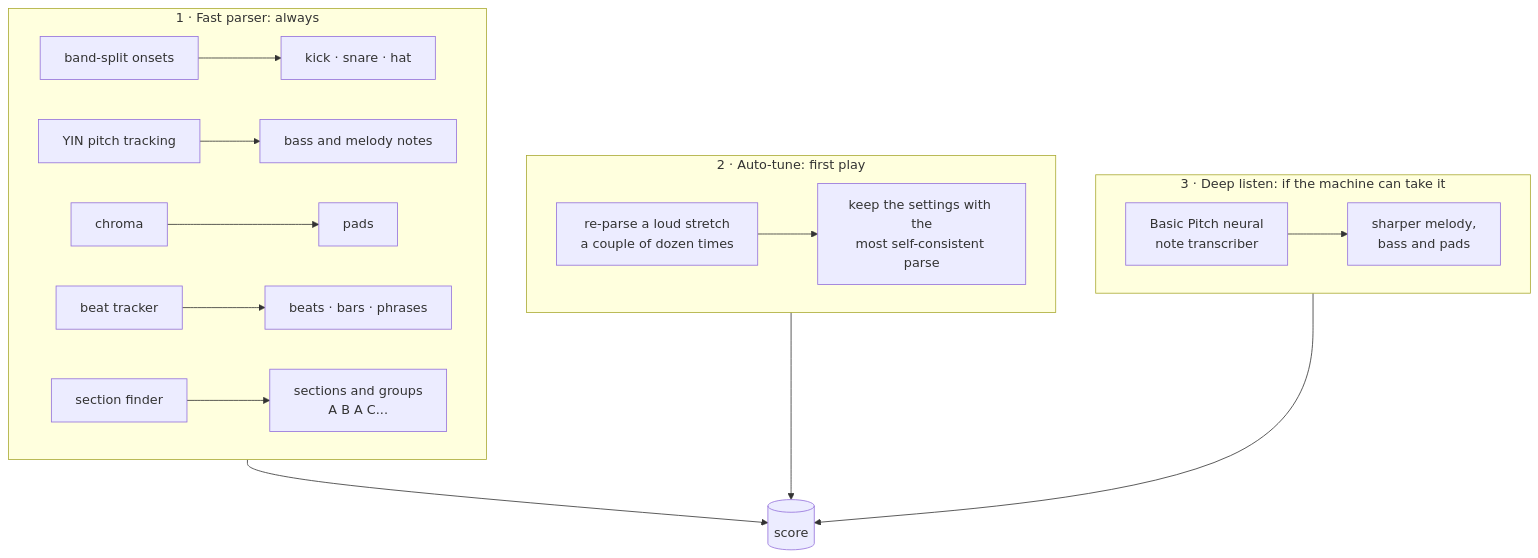
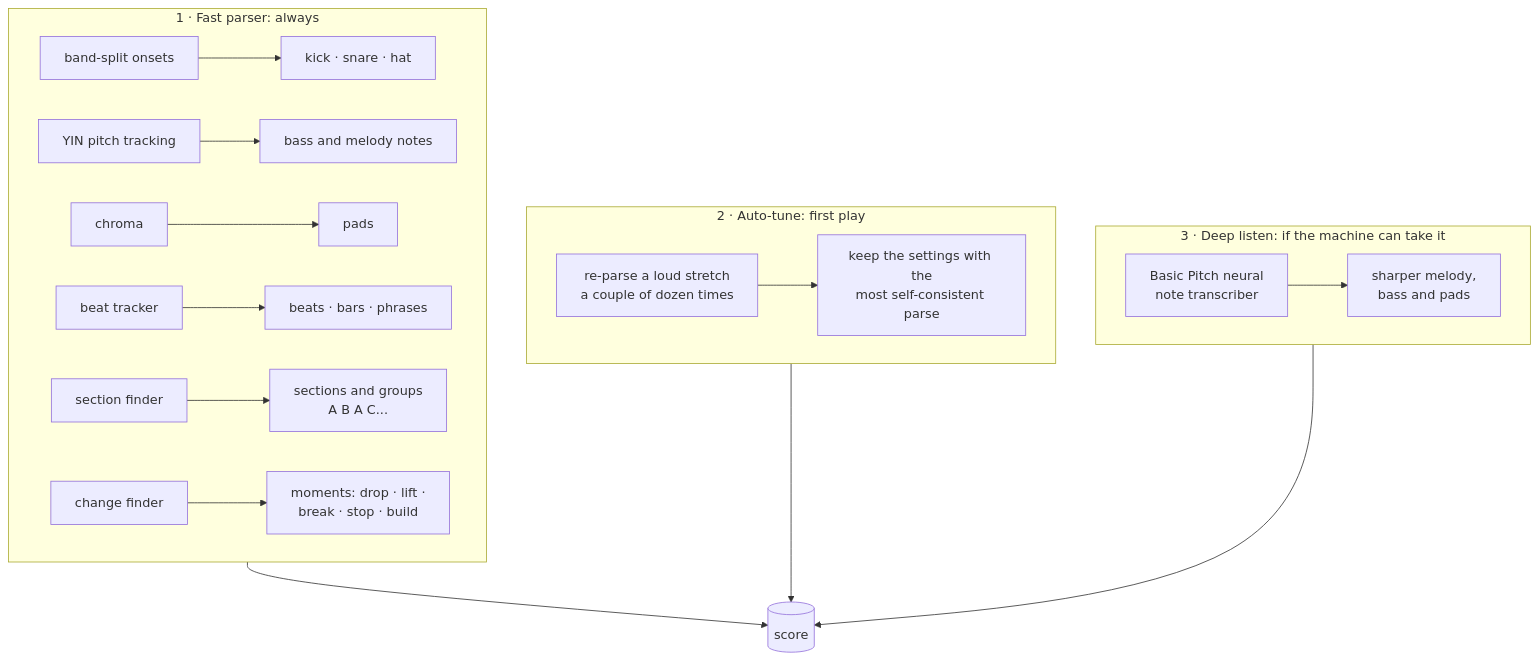
One commit to FrunkQ/gondryator changed the third of 7 diagrams in docs/TECHNOLOGY.md. Above: the diagram before and after it, drawn with Mermaid. The commit also changed other lines of this file and 2 other files, not shown here.

First line of the commit message:
Docs: the three listening passes, moments and the 4/4 grid helpers for agents and humans

````diff
--- a/docs/TECHNOLOGY.md
+++ b/docs/TECHNOLOGY.md
@@ -54,20 +54,21 @@
 ```mermaid
 flowchart TB
     subgraph P1 [1 · Fast parser: always]
         direction LR
         a1[band-split onsets] --> a2[kick · snare · hat]
         a3[YIN pitch tracking] --> a4[bass and melody notes]
         a5[chroma] --> a6[pads]
         a7[beat tracker] --> a8[beats · bars · phrases]
         a9[section finder] --> a10[sections and groups<br/>A B A C...]
+        a11[change finder] --> a12[moments: drop · lift ·<br/>break · stop · build]
     end
     subgraph P2 [2 · Auto-tune: first play]
         b1[re-parse a loud stretch<br/>a couple of dozen times] --> b2[keep the settings with the<br/>most self-consistent parse]
     end
     subgraph P3 [3 · Deep listen: if the machine can take it]
         c1[Basic Pitch neural<br/>note transcriber] --> c2[sharper melody,<br/>bass and pads]
     end
     P1 --> S[(score)]
     P2 --> S
     P3 --> S
 ```
````
